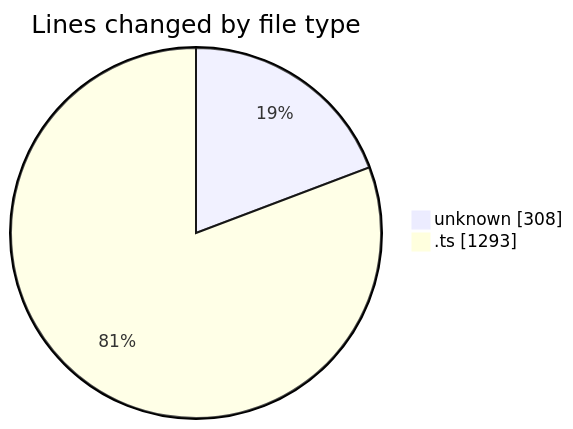
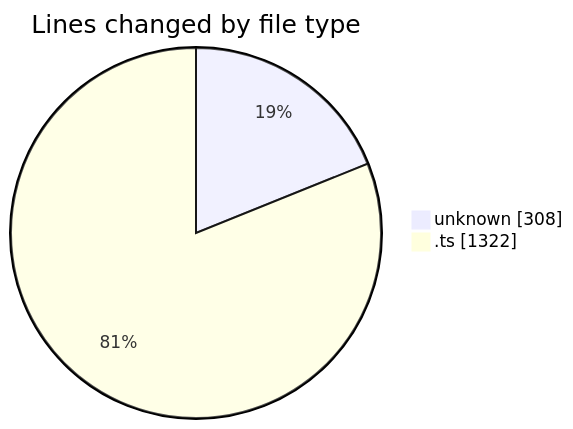
One commit to CELIANVF/code-tracking changed the first of 2 diagrams in 2025-06-13/ecodeli-1/README.md. Above: the diagram before and after it, drawn with Mermaid. The commit also changed other lines of this file and 1 other file, not shown here.

````diff
--- a/2025-06-13/ecodeli-1/README.md
+++ b/2025-06-13/ecodeli-1/README.md
@@ -23,6 +24,6 @@
 ```mermaid
 pie showData
 title Lines changed by file type
 "unknown" : 308
-".ts" : 1293
+".ts" : 1322
 ```
````
